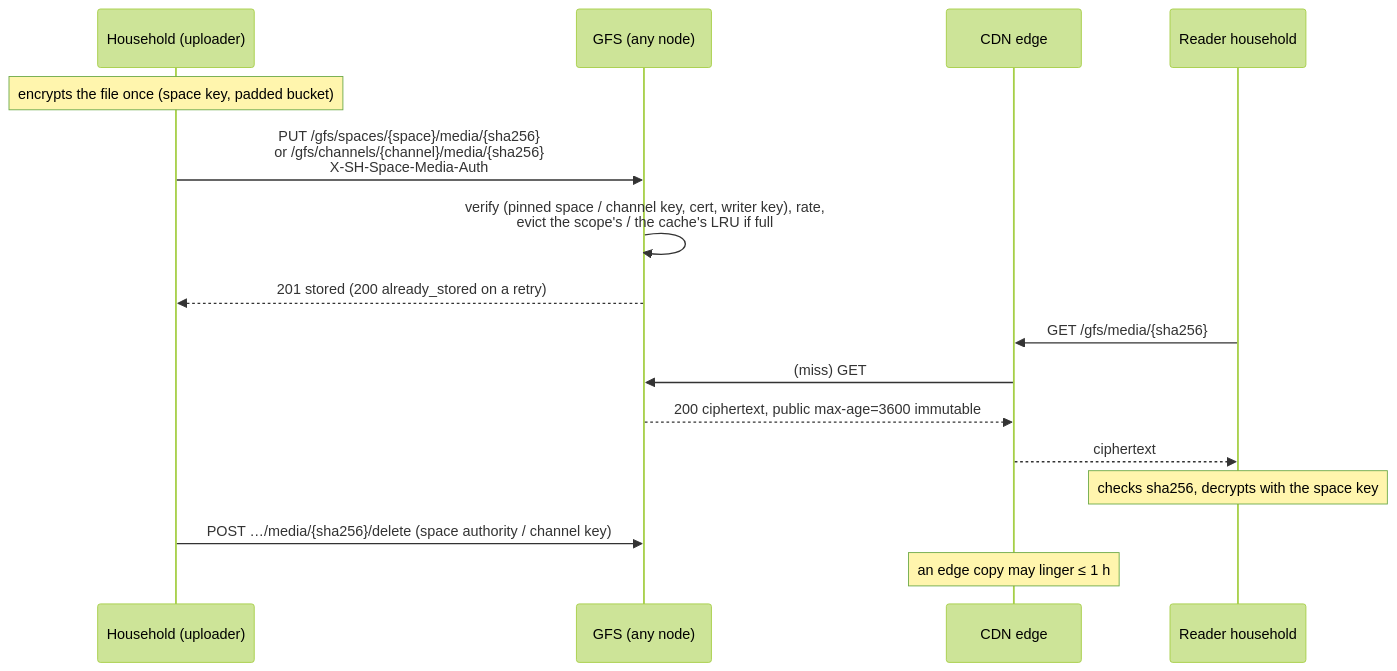
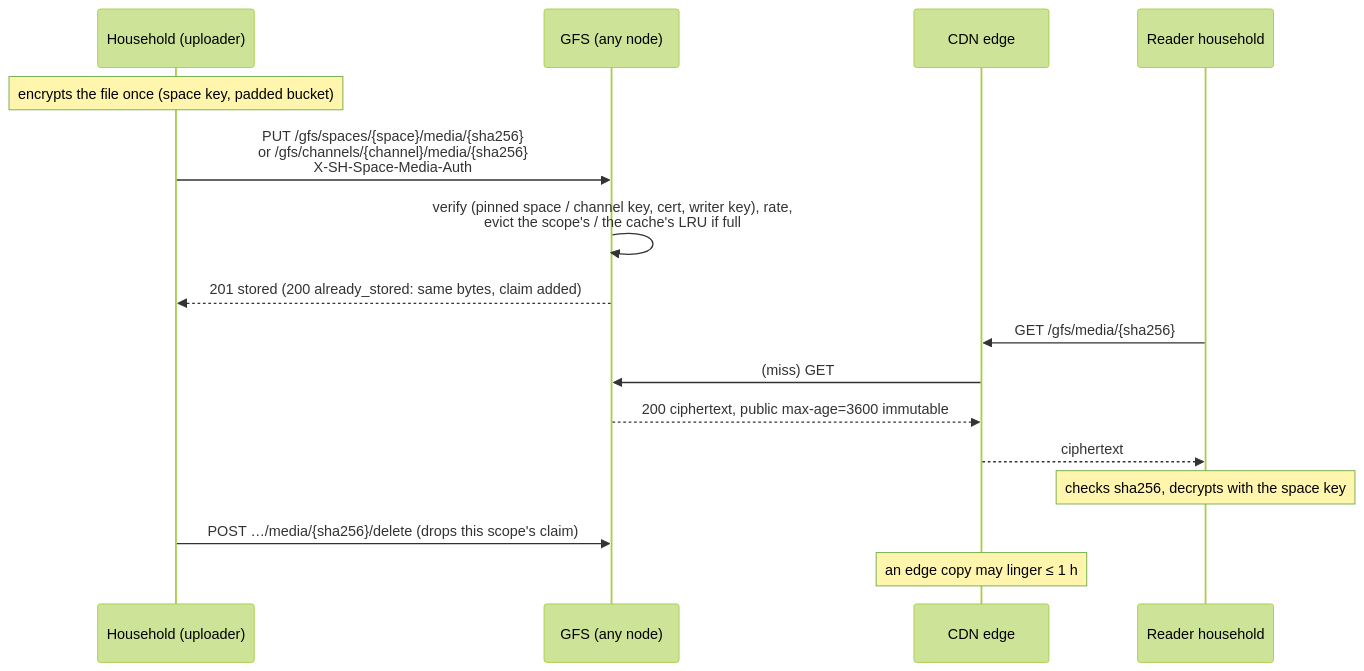
One commit to social-home-io/socialhome changed diagram 14 of 15 in docs/protocol/discovery.md. Above: the diagram before and after it, drawn with Mermaid (forest theme). The commit also changed other lines of this file and 23 other files, not shown here.

First line of the commit message:
GFS space media: claims per scope, an upload rate eviction can't reset, orphan sweep

````diff
--- a/docs/protocol/discovery.md
+++ b/docs/protocol/discovery.md
@@ -3603,18 +3627,18 @@
 ```mermaid
 sequenceDiagram
     participant H as Household (uploader)
     participant G as GFS (any node)
     participant C as CDN edge
     participant R as Reader household
     Note over H: encrypts the file once (space key, padded bucket)
     H->>G: PUT /gfs/spaces/{space}/media/{sha256}<br/>or /gfs/channels/{channel}/media/{sha256}<br/>X-SH-Space-Media-Auth
     G->>G: verify (pinned space / channel key, cert, writer key), rate,<br/>evict the scope's / the cache's LRU if full
-    G-->>H: 201 stored (200 already_stored on a retry)
+    G-->>H: 201 stored (200 already_stored: same bytes, claim added)
     R->>C: GET /gfs/media/{sha256}
     C->>G: (miss) GET
     G-->>C: 200 ciphertext, public max-age=3600 immutable
     C-->>R: ciphertext
     Note over R: checks sha256, decrypts with the space key
-    H->>G: POST …/media/{sha256}/delete (space authority / channel key)
+    H->>G: POST …/media/{sha256}/delete (drops this scope's claim)
     Note over C: an edge copy may linger ≤ 1 h
 ```
````
